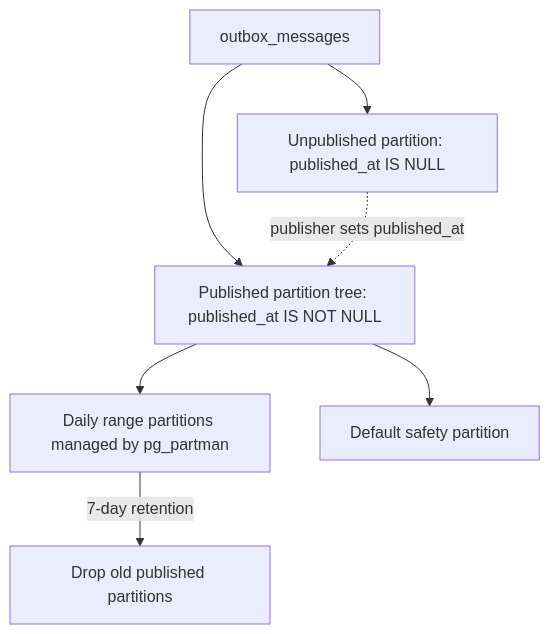
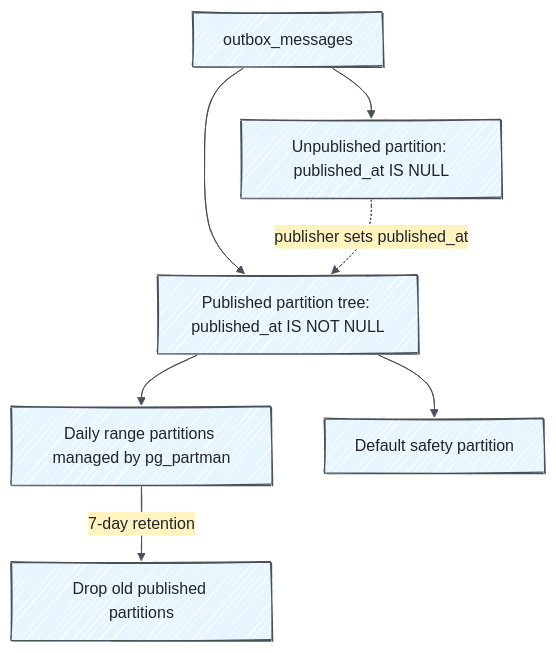
Before and after one commit to Myuzu/guileful_charger: the first of 2 diagrams in docs/operations.md, drawn with Mermaid. The commit also changed other lines of this file and 2 other files, not shown here.

Commit message:
docs: give Mermaid diagrams an Excalidraw-style sketch look

````diff
--- a/docs/operations.md
+++ b/docs/operations.md
@@ -11,9 +11,24 @@
 ```mermaid
+---
+config:
+  look: handDrawn
+  layout: dagre
+  theme: base
+  handDrawnSeed: 42
+  fontFamily: '"Comic Sans MS", "Chalkboard", cursive'
+  themeVariables:
+    primaryColor: '#e7f5ff'
+    primaryTextColor: '#212529'
+    primaryBorderColor: '#495057'
+    lineColor: '#495057'
+    secondaryColor: '#fff3bf'
+    tertiaryColor: '#d3f9d8'
+---
 flowchart TD
     Root["outbox_messages"] --> Hot["Unpublished partition: published_at IS NULL"]
     Root --> Published["Published partition tree: published_at IS NOT NULL"]
     Published --> Daily["Daily range partitions managed by pg_partman"]
     Published --> Default["Default safety partition"]
     Hot -.->|"publisher sets published_at"| Published
     Daily -->|"7-day retention"| Drop["Drop old published partitions"]
 ```
````
